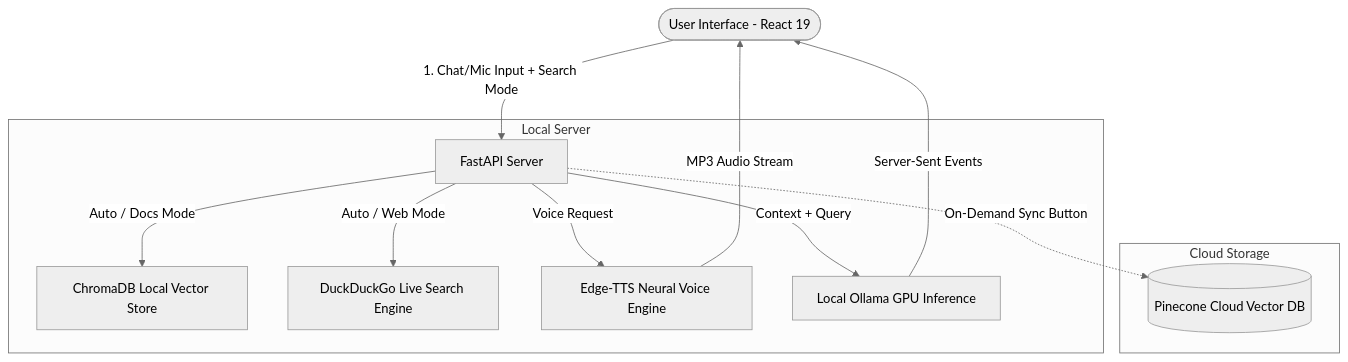
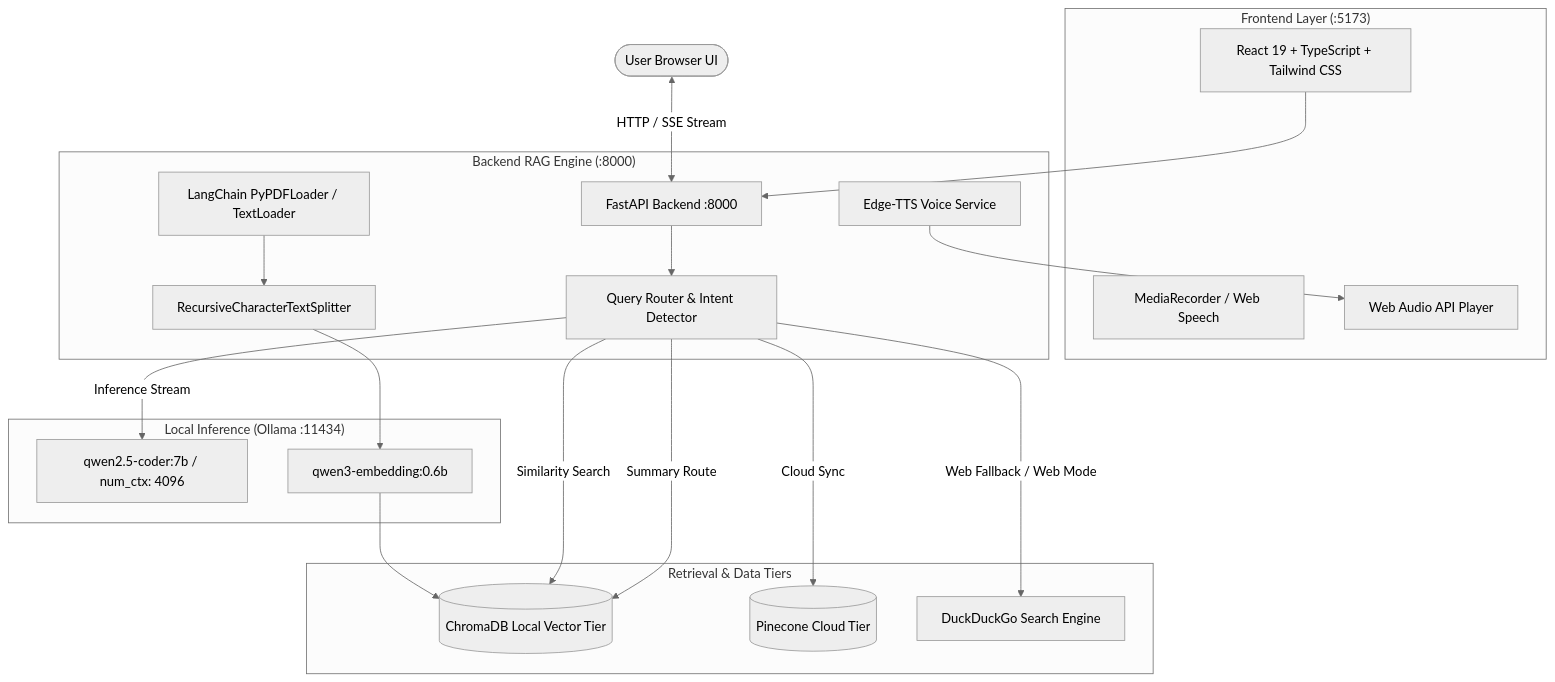
Before and after one commit to conbott/JARVIS: the diagram in README.md, drawn with Mermaid (neutral theme). The commit also changed other lines of this file and 6 other files, not shown here.

Commit message:
Add LangChain document loaders, pinned requirements, Dockerfile, and architecture documentation

````diff
--- a/README.md
+++ b/README.md
@@ -121,18 +51,39 @@
 ```mermaid
-flowchart TD
-    User([User Interface - React 19]) -->|1. Chat/Mic Input + Search Mode| API[FastAPI Server]
-    
-    subgraph Local Server
-        API -->|Auto / Docs Mode| Chroma[ChromaDB Local Vector Store]
-        API -->|Auto / Web Mode| DDG[DuckDuckGo Live Search Engine]
-        API -->|Voice Request| TTS[Edge-TTS Neural Voice Engine]
-        API -->|Context + Query| Ollama[Local Ollama GPU Inference]
+graph TD
+    User([User Browser UI]) <-->|HTTP / SSE Stream| API[FastAPI Backend :8000]
+
+    subgraph "Frontend Layer (:5173)"
+        UI[React 19 + TypeScript + Tailwind CSS]
+        VoiceIn[MediaRecorder / Web Speech]
+        VoiceOut[Web Audio API Player]
     end
 
-    subgraph Cloud Storage
-        API -.->|On-Demand Sync Button| Pinecone[(Pinecone Cloud Vector DB)]
+    subgraph "Backend RAG Engine (:8000)"
+        API
+        Router[Query Router & Intent Detector]
+        DocLoader[LangChain PyPDFLoader / TextLoader]
+        Splitter[RecursiveCharacterTextSplitter]
+        TTS[Edge-TTS Voice Service]
     end
 
-    Ollama -->|Server-Sent Events| User
-    TTS -->|MP3 Audio Stream| User
+    subgraph "Retrieval & Data Tiers"
+        Chroma[(ChromaDB Local Vector Tier)]
+        Pinecone[(Pinecone Cloud Tier)]
+        DDG[DuckDuckGo Search Engine]
+    end
+
+    subgraph "Local Inference (Ollama :11434)"
+        LLM[qwen2.5-coder:7b / num_ctx: 4096]
+        Embed[qwen3-embedding:0.6b]
+    end
+
+    UI --> API
+    API --> Router
+    Router -->|Summary Route| Chroma
+    Router -->|Similarity Search| Chroma
+    Router -->|Cloud Sync| Pinecone
+    Router -->|Web Fallback / Web Mode| DDG
+    Router -->|Inference Stream| LLM
+    DocLoader --> Splitter --> Embed --> Chroma
+    TTS --> VoiceOut
 ```
````
